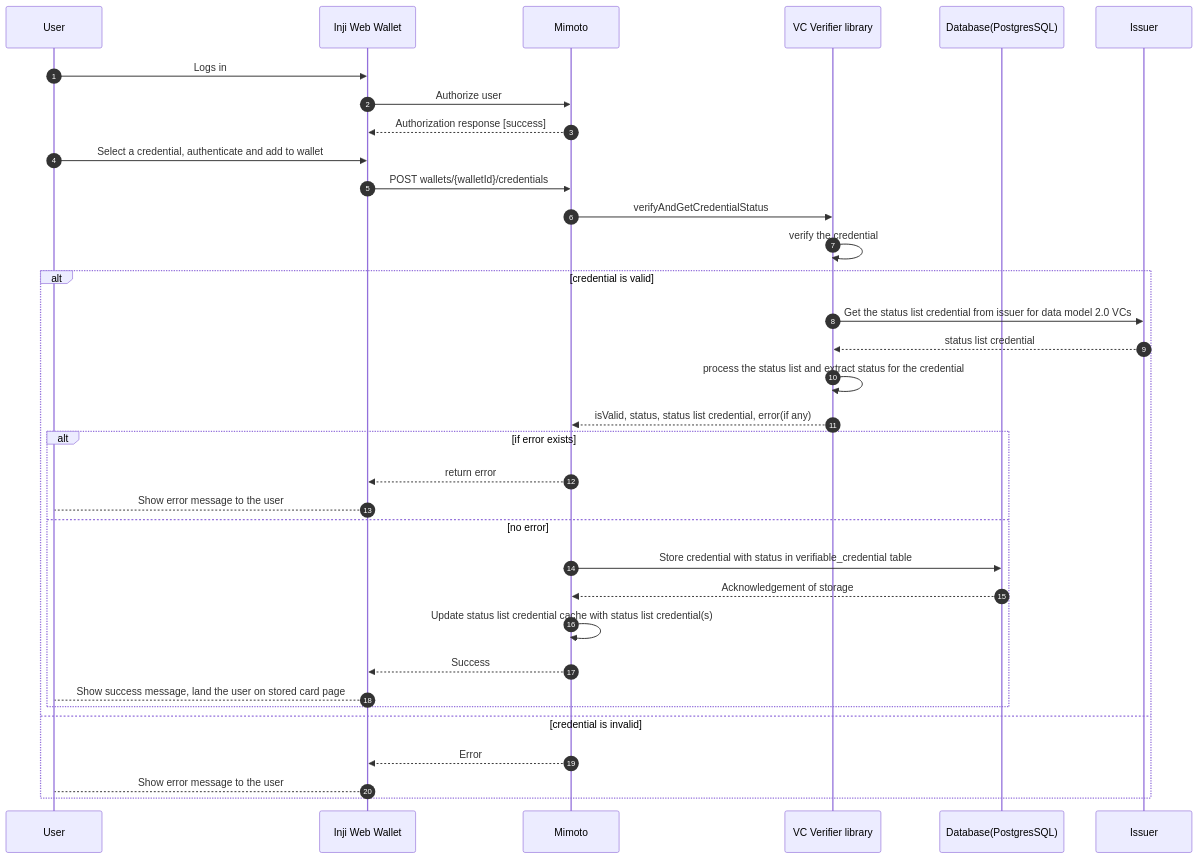
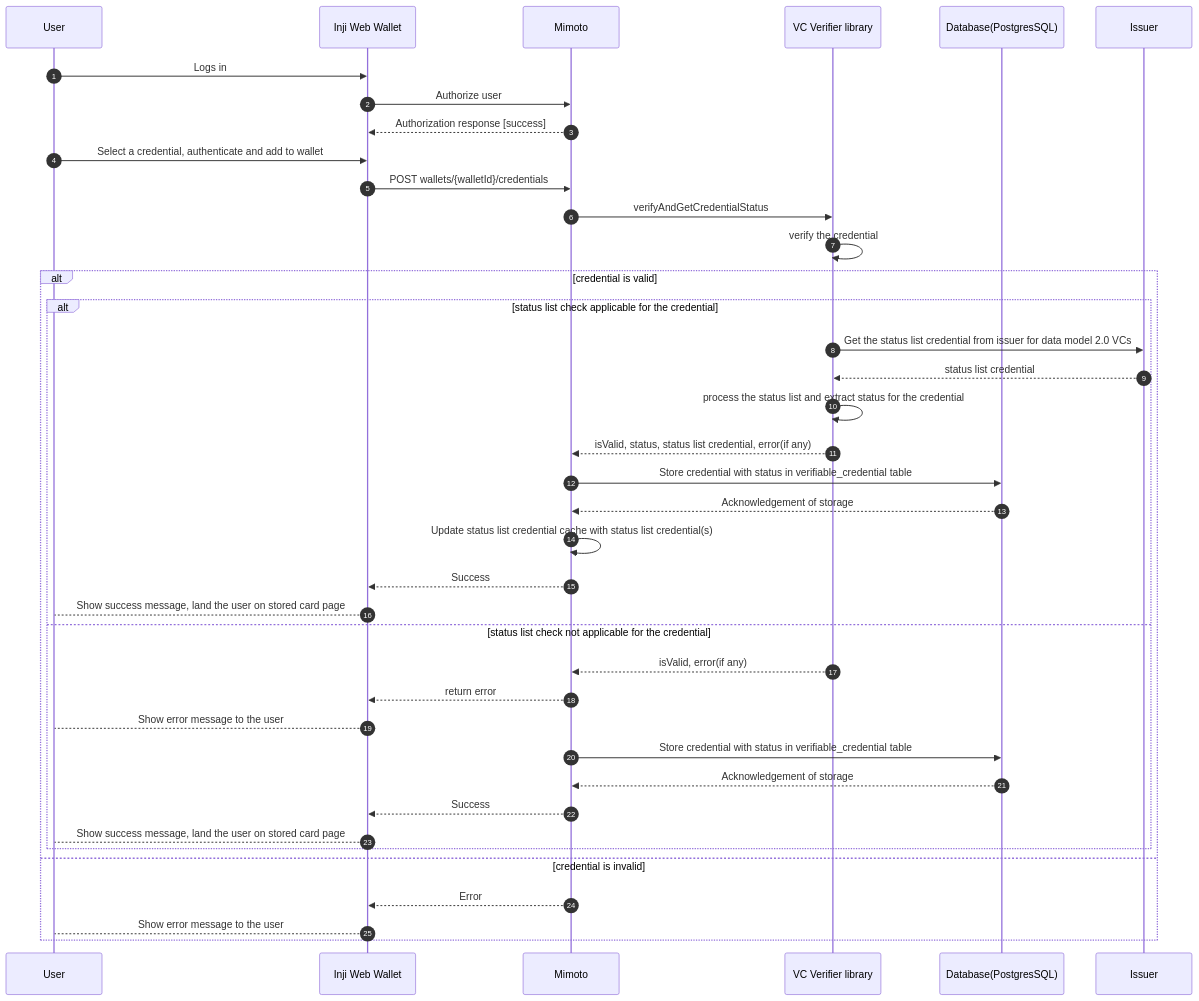
The third of 3 diagrams in docs/VCStatusCheckDesign.md (inji/mimoto), drawn with Mermaid before and after one commit. The commit also changed other lines of this file, not shown here.

Commit message:
[INJIWEB-1793] Remove extra decision flow from the sequence diagram, add caching strategy

````diff
--- a/docs/VCStatusCheckDesign.md
+++ b/docs/VCStatusCheckDesign.md
@@ -122,36 +127,41 @@
 ```mermaid
 sequenceDiagram
     autonumber
     participant User
     participant InjiWeb as Inji Web Wallet
     participant Mimoto
     participant VCVerifier as VC Verifier library
     participant Database as Database(PostgresSQL)
     participant Issuer
     User->>InjiWeb: Logs in
     InjiWeb->>Mimoto: Authorize user
     Mimoto-->> InjiWeb: Authorization response [success]
     User->>InjiWeb: Select a credential, authenticate and add to wallet
     InjiWeb->>Mimoto: POST wallets/{walletId}/credentials
     Mimoto->>VCVerifier: verifyAndGetCredentialStatus
     VCVerifier->>VCVerifier: verify the credential
     alt credential is valid
-        VCVerifier->>Issuer: Get the status list credential from issuer for data model 2.0 VCs
-        Issuer-->>VCVerifier: status list credential
-        VCVerifier->>VCVerifier: process the status list and extract status for the credential
-        VCVerifier-->>Mimoto: isValid, status, status list credential, error(if any)
-        alt if error exists 
-            Mimoto-->>InjiWeb: return error
-            InjiWeb-->User: Show error message to the user
-        else no error
+        alt status list check applicable for the credential
+            VCVerifier->>Issuer: Get the status list credential from issuer for data model 2.0 VCs
+            Issuer-->>VCVerifier: status list credential
+            VCVerifier->>VCVerifier: process the status list and extract status for the credential
+            VCVerifier-->>Mimoto: isValid, status, status list credential, error(if any)
             Mimoto->>Database: Store credential with status in verifiable_credential table
             Database-->>Mimoto: Acknowledgement of storage
             Mimoto->>Mimoto: Update status list credential cache with status list credential(s)
+            Mimoto-->>InjiWeb: Success
+            InjiWeb-->User: Show success message, land the user on stored card page
+        else status list check not applicable for the credential
+            VCVerifier-->>Mimoto: isValid, error(if any)
+            Mimoto-->>InjiWeb: return error
+            InjiWeb-->User: Show error message to the user
+            Mimoto->>Database: Store credential with status in verifiable_credential table
+            Database-->>Mimoto: Acknowledgement of storage
             Mimoto-->>InjiWeb: Success
             InjiWeb-->User: Show success message, land the user on stored card page
         end
     else credential is invalid
         Mimoto-->>InjiWeb: Error
         InjiWeb-->User: Show error message to the user
     end
 ```
````
